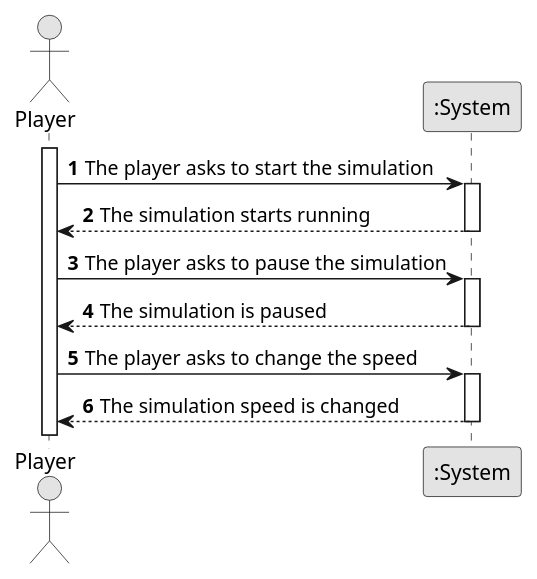
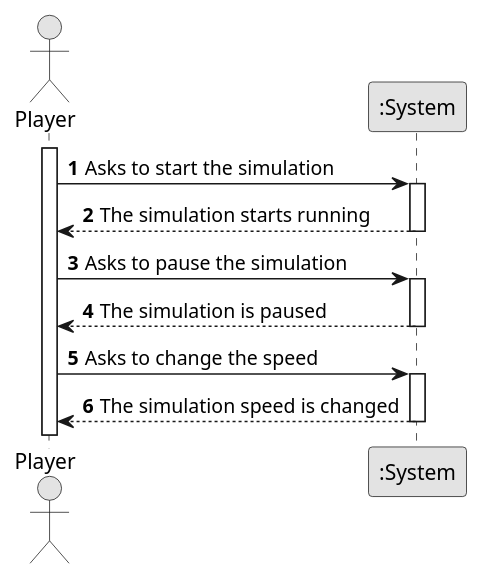
One commit to bruno-monteiro5/sem2-pi-24.25-g132-repo changed the diagram in docs/system-documentation/US012/01.requirements-engineering/puml/US012-SSD.puml. Above: the diagram before and after it, drawn with PlantUML. The commit also changed 87 other files, not shown here.

```diff
--- a/docs/system-documentation/US012/01.requirements-engineering/puml/US012-SSD.puml
+++ b/docs/system-documentation/US012/01.requirements-engineering/puml/US012-SSD.puml
@@ -1,27 +1,27 @@
 @startuml
 skinparam monochrome true
 skinparam packageStyle rectangle
 skinparam shadowing false
 
 autonumber
 
 actor "Player" as Player
 participant ":System" as System
 
 activate Player
 
-    Player -> System : The player asks to start the simulation
+    Player -> System : Asks to start the simulation
     activate System
         System --> Player : The simulation starts running
     deactivate System
 
-    Player -> System : The player asks to pause the simulation
+    Player -> System : Asks to pause the simulation
     activate System
         System --> Player : The simulation is paused
     deactivate System
 
-    Player -> System : The player asks to change the speed
+    Player -> System : Asks to change the speed
     activate System
         System --> Player : The simulation speed is changed
     deactivate System
 @enduml
```
